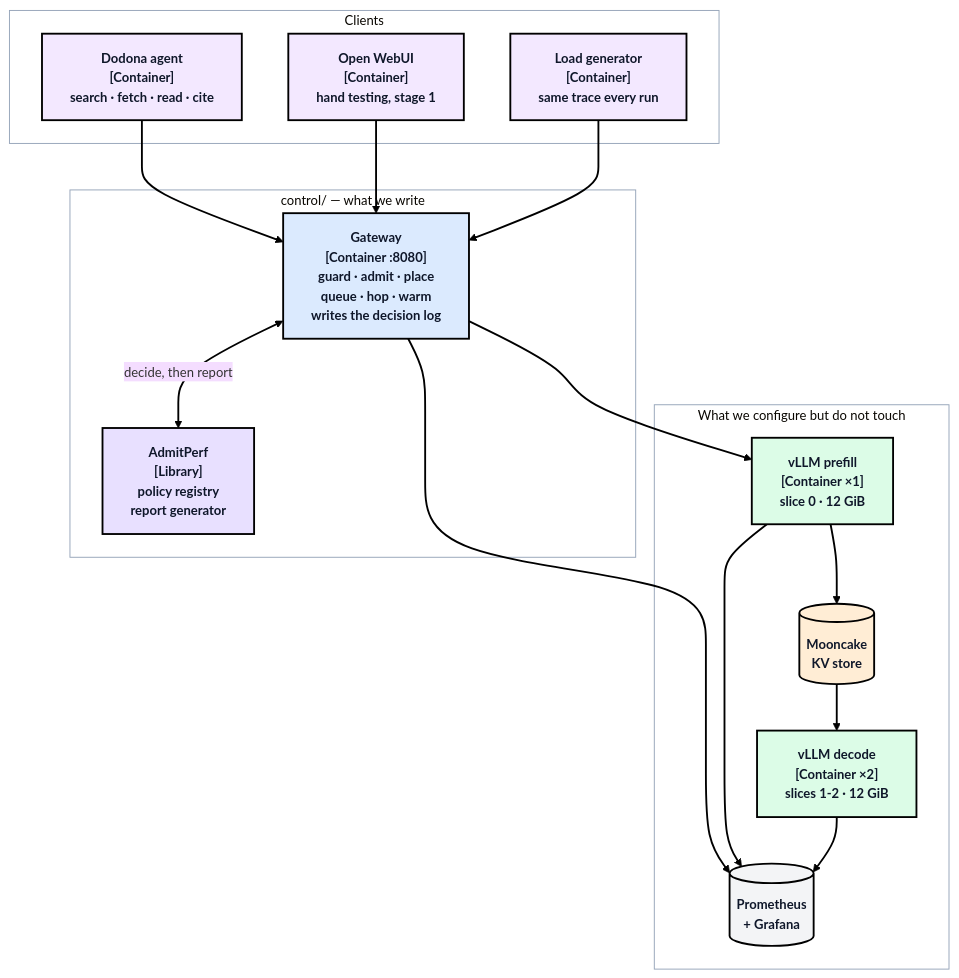
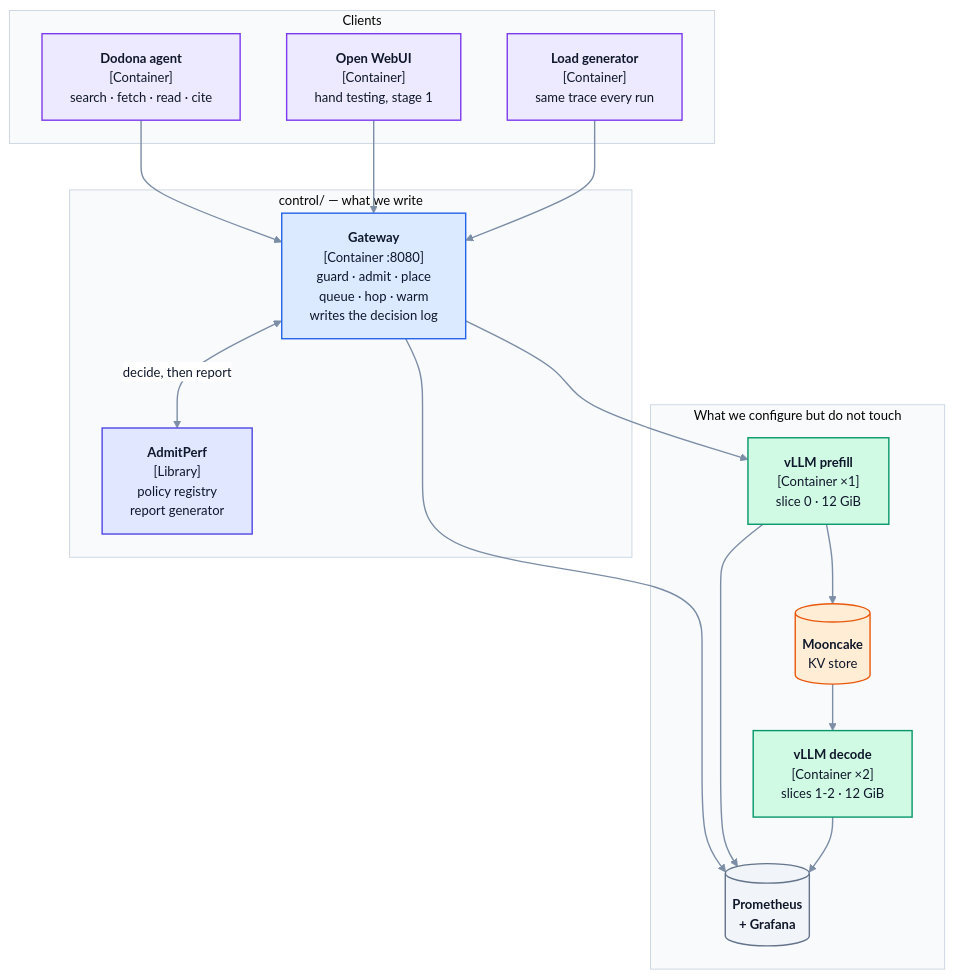
The second of 3 diagrams in PROJECT.md (harshuljain13/Dodona), drawn with Mermaid before and after one commit. The commit also changed other lines of this file and 15 other files, not shown here.

````diff
--- a/PROJECT.md
+++ b/PROJECT.md
@@ -211,45 +231,62 @@
 ```mermaid
-%%{init: {'theme':'base','themeVariables':{'fontFamily':'Inter, Segoe UI, Helvetica Neue, Arial, sans-serif','fontSize':'14px','lineColor':'#000000','clusterBkg':'#ffffff','clusterBorder':'#94a3b8'}}}%%
+%%{init: {'theme':'base','themeVariables':{
+  'fontFamily':'ui-sans-serif, -apple-system, Segoe UI, Inter, Helvetica, Arial, sans-serif','fontSize':'14px',
+  'primaryColor':'#eff6ff','primaryTextColor':'#0f172a','primaryBorderColor':'#94a3b8',
+  'secondaryColor':'#f1f5f9','tertiaryColor':'#f8fafc',
+  'lineColor':'#7c8da6','textColor':'#1e293b',
+  'clusterBkg':'#f8fafc','clusterBorder':'#cbd5e1',
+  'edgeLabelBackground':'#ffffff','nodeBorder':'#94a3b8'
+}}}%%
 flowchart TB
   subgraph CLIENTS["Clients"]
     AG["<b>Dodona agent</b><br/>[Container]<br/>search · fetch · read · cite"]
     UI["<b>Open WebUI</b><br/>[Container]<br/>hand testing, stage 1"]
     LOAD["<b>Load generator</b><br/>[Container]<br/>same trace every run"]
   end
 
   subgraph OURS["control/ — what we write"]
     GW["<b>Gateway</b><br/>[Container :8080]<br/>guard · admit · place<br/>queue · hop · warm<br/>writes the decision log"]
     AP["<b>AdmitPerf</b><br/>[Library]<br/>policy registry<br/>report generator"]
   end
 
   subgraph ENGINE["What we configure but do not touch"]
     PF["<b>vLLM prefill</b><br/>[Container ×1]<br/>slice 0 · 12 GiB"]
     DC["<b>vLLM decode</b><br/>[Container ×2]<br/>slices 1-2 · 12 GiB"]
     MC[("<b>Mooncake</b><br/>KV store")]
     OBS[("<b>Prometheus<br/>+ Grafana</b>")]
   end
 
   AG --> GW
   UI --> GW
   LOAD --> GW
   GW <-->|"decide, then report"| AP
   GW --> PF
   PF --> MC --> DC
   GW --> OBS
   PF --> OBS
   DC --> OBS
 
   class AG,UI,LOAD accent
   class GW primary
   class AP highlight
   class PF,DC secondary
   class MC data
   class OBS neutral
-  classDef primary fill:#dbeafe,stroke:#000000,stroke-width:2px,color:#0f172a,font-weight:bold
-  classDef secondary fill:#dcfce7,stroke:#000000,stroke-width:2px,color:#0f172a,font-weight:bold
-  classDef accent fill:#f3e8ff,stroke:#000000,stroke-width:2px,color:#0f172a,font-weight:bold
-  classDef data fill:#ffedd5,stroke:#000000,stroke-width:2px,color:#0f172a,font-weight:bold
-  classDef neutral fill:#f3f4f6,stroke:#000000,stroke-width:2px,color:#0f172a,font-weight:bold
-  classDef highlight fill:#e8e0ff,stroke:#000000,stroke-width:2px,color:#0f172a,font-weight:bold
-  linkStyle default stroke:#000000,stroke-width:2px
+
+    classDef primary   fill:#dbeafe,stroke:#2563eb,stroke-width:1.5px,color:#0f172a
+    classDef secondary fill:#d1fae5,stroke:#059669,stroke-width:1.5px,color:#0f172a
+    classDef accent    fill:#ede9fe,stroke:#7c3aed,stroke-width:1.5px,color:#0f172a
+    classDef decision  fill:#fef9c3,stroke:#ca8a04,stroke-width:1.5px,color:#0f172a
+    classDef gate      fill:#fef9c3,stroke:#ca8a04,stroke-width:1.5px,color:#0f172a
+    classDef data      fill:#ffedd5,stroke:#ea580c,stroke-width:1.5px,color:#0f172a
+    classDef neutral   fill:#f1f5f9,stroke:#64748b,stroke-width:1.5px,color:#0f172a
+    classDef success   fill:#ccfbf1,stroke:#0d9488,stroke-width:1.5px,color:#0f172a
+    classDef out       fill:#ccfbf1,stroke:#0d9488,stroke-width:1.5px,color:#0f172a
+    classDef input     fill:#fce7f3,stroke:#db2777,stroke-width:1.5px,color:#0f172a
+    classDef highlight fill:#e0e7ff,stroke:#4f46e5,stroke-width:1.5px,color:#0f172a
+    classDef pick      fill:#d1fae5,stroke:#059669,stroke-width:1.8px,color:#064e3b
+    classDef alt       fill:#dbeafe,stroke:#2563eb,stroke-width:1.5px,color:#0f172a
+    classDef dead      fill:#fee2e2,stroke:#dc2626,stroke-width:1.5px,color:#7f1d1d
+    classDef note      fill:#ffffff,stroke:#cbd5e1,stroke-width:1px,color:#475569
+    linkStyle default stroke:#7c8da6,stroke-width:1.5px
 ```
````
